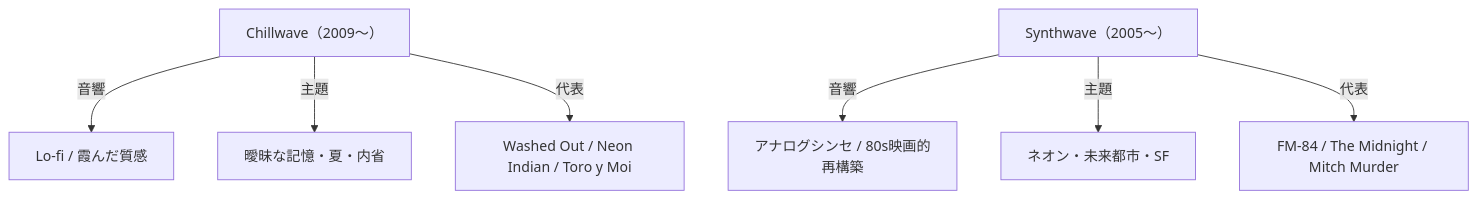
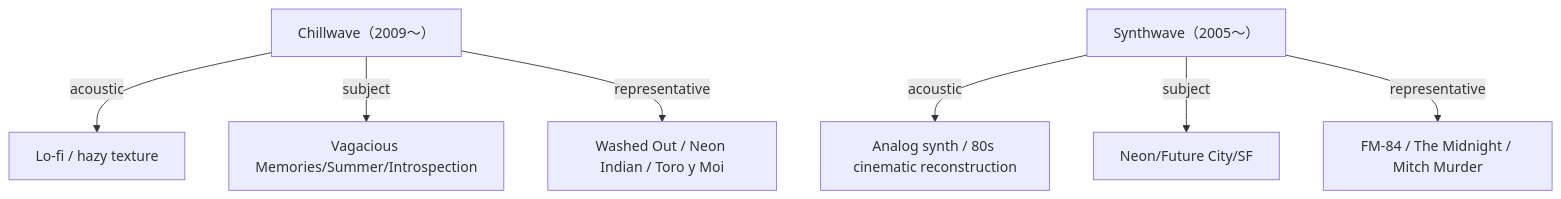
Before and after one commit to monumental-movement/monumental-movement.github.io: the second of 2 diagrams in en/_posts/2025-12-08-column-chillwave-synthwave.md, drawn with Mermaid. The commit also changed other lines of this file and 801 other files, not shown here.

```diff
--- a/en/_posts/2025-12-08-column-chillwave-synthwave.md
+++ b/en/_posts/2025-12-08-column-chillwave-synthwave.md
@@ -177,10 +178,10 @@
 <div class="mermaid">
 flowchart TD
-    A["Chillwave（2009〜）"] -->|音響| B["Lo-fi / 霞んだ質感"]
-    A -->|主題| C["曖昧な記憶・夏・内省"]
-    A -->|代表| D["Washed Out / Neon Indian / Toro y Moi"]
+    A["Chillwave（2009〜）"] -->|acoustic| B["Lo-fi / hazy texture"]
+    A -->|subject| C["Vagacious Memories/Summer/Introspection"]
+    A -->|representative| D["Washed Out / Neon Indian / Toro y Moi"]
 
-    E["Synthwave（2005〜）"] -->|音響| F["アナログシンセ / 80s映画的再構築"]
-    E -->|主題| G["ネオン・未来都市・SF"]
-    E -->|代表| H["FM-84 / The Midnight / Mitch Murder"]
+    E["Synthwave（2005〜）"] -->|acoustic| F["Analog synth / 80s cinematic reconstruction"]
+    E -->|subject| G["Neon/Future City/SF"]
+    E -->|representative| H["FM-84 / The Midnight / Mitch Murder"]
 </div>
```
